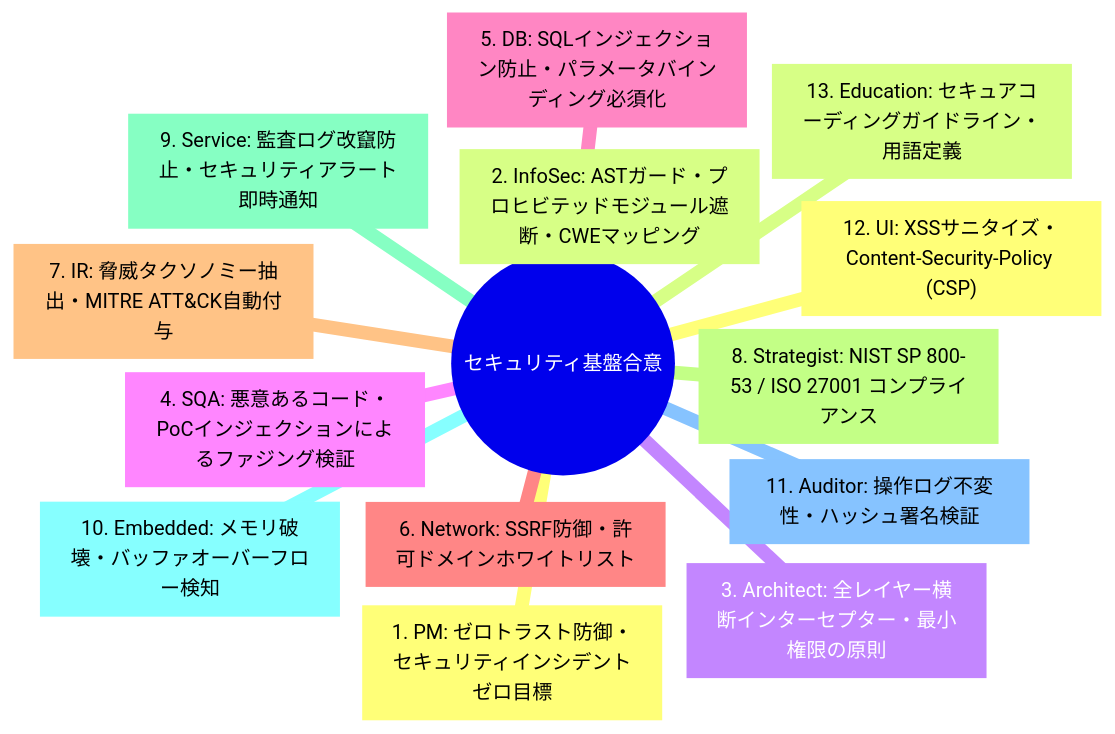
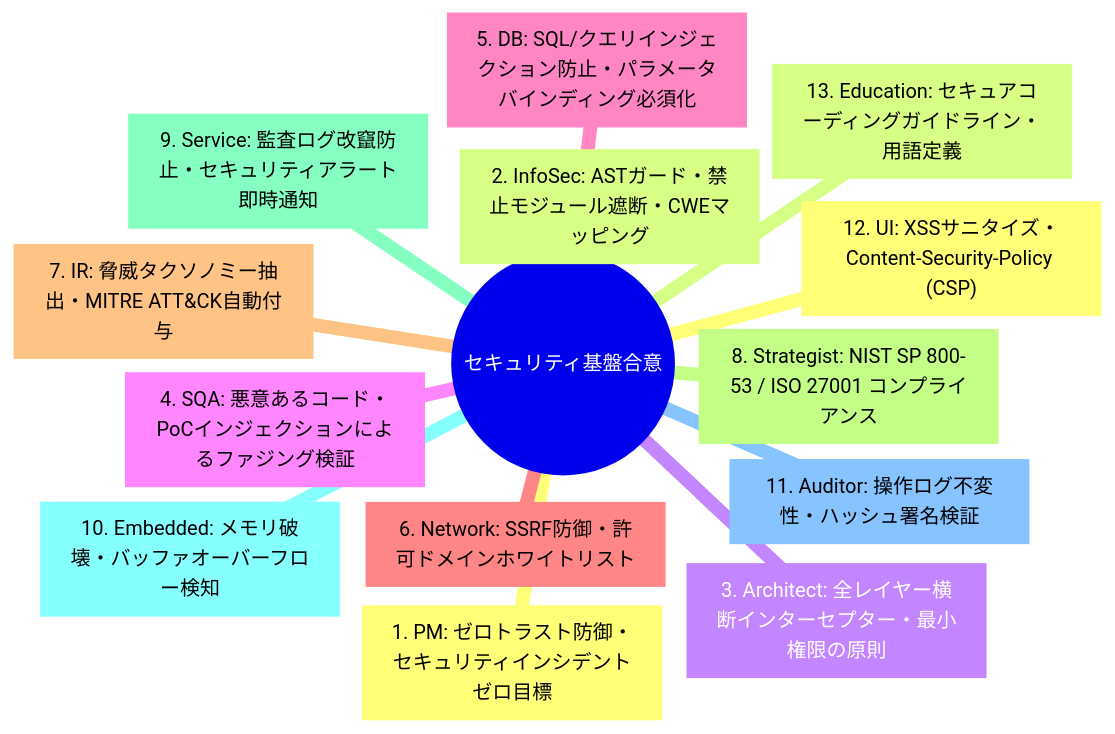
One commit to rokujyouhitoma/arxiv-security-papers changed the first of 2 diagrams in docs/designs/DSN-07-security_guard_and_rbac.md. Above: the diagram before and after it, drawn with Mermaid. The commit also changed other lines of this file and 16 other files, not shown here.

````diff
--- a/docs/designs/DSN-07-security_guard_and_rbac.md
+++ b/docs/designs/DSN-07-security_guard_and_rbac.md
@@ -40,17 +105,17 @@
 ```mermaid
 mindmap
   root((セキュリティ基盤合意))
     PM["1. PM: ゼロトラスト防御・セキュリティインシデントゼロ目標"]
-    Sec["2. InfoSec: ASTガード・プロヒビテッドモジュール遮断・CWEマッピング"]
+    Sec["2. InfoSec: ASTガード・禁止モジュール遮断・CWEマッピング"]
     Arch["3. Architect: 全レイヤー横断インターセプター・最小権限の原則"]
     QA["4. SQA: 悪意あるコード・PoCインジェクションによるファジング検証"]
-    DB["5. DB: SQLインジェクション防止・パラメータバインディング必須化"]
+    DB["5. DB: SQL/クエリインジェクション防止・パラメータバインディング必須化"]
     Net["6. Network: SSRF防御・許可ドメインホワイトリスト"]
     IR["7. IR: 脅威タクソノミー抽出・MITRE ATT&CK自動付与"]
     Strat["8. Strategist: NIST SP 800-53 / ISO 27001 コンプライアンス"]
     Ops["9. Service: 監査ログ改竄防止・セキュリティアラート即時通知"]
     IoT["10. Embedded: メモリ破壊・バッファオーバーフロー検知"]
     Audit["11. Auditor: 操作ログ不変性・ハッシュ署名検証"]
     UI["12. UI: XSSサニタイズ・Content-Security-Policy (CSP)"]
     Edu["13. Education: セキュアコーディングガイドライン・用語定義"]
 ```
````
